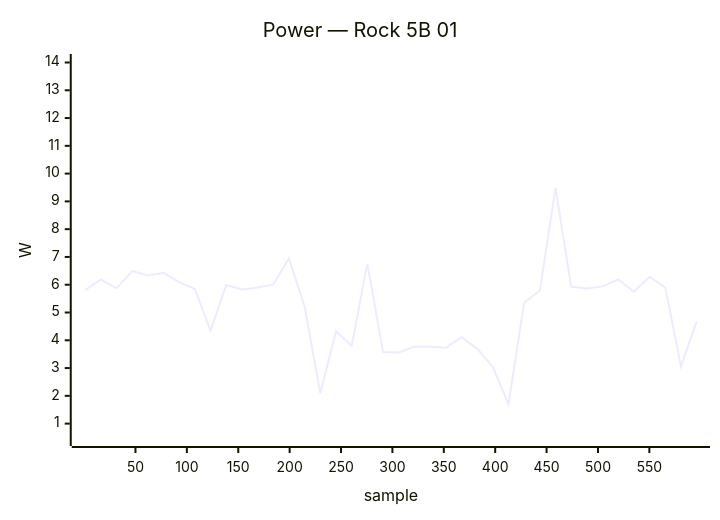
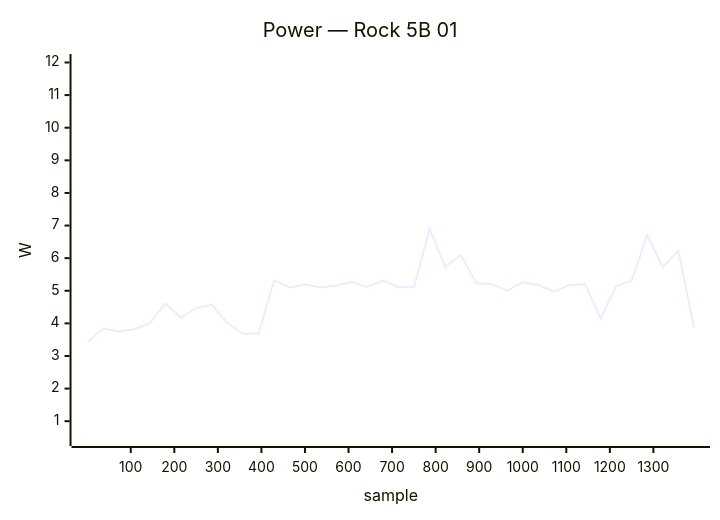
Diagram 24 of 32 in docs/status/board-tests.md (armbian/documentation), drawn with Mermaid before and after one commit. The commit also changed other lines of this file, not shown here.

````diff
--- a/docs/status/board-tests.md
+++ b/docs/status/board-tests.md
@@ -1289,7 +1409,7 @@
 ```mermaid
 xychart-beta
     title "Power — Rock 5B 01"
-    x-axis "sample" 1 --> 596
-    y-axis "W" 0.5 --> 14.0
-    line [5.81, 6.19, 5.87, 6.49, 6.33, 6.43, 6.09, 5.85, 4.34, 5.99, 5.83, 5.90, 6.01, 6.95, 5.21, 2.09, 4.32, 3.80, 6.76, 3.58, 3.56, 3.77, 3.77, 3.73, 4.11, 3.70, 3.04, 1.70, 5.35, 5.79, 9.48, 5.93, 5.86, 5.94, 6.19, 5.75, 6.29, 5.90, 3.06, 4.67]
+    x-axis "sample" 1 --> 1393
+    y-axis "W" 0.5 --> 12.0
+    line [3.42, 3.84, 3.75, 3.82, 4.00, 4.61, 4.18, 4.48, 4.57, 4.00, 3.68, 3.68, 5.32, 5.10, 5.19, 5.10, 5.16, 5.27, 5.12, 5.31, 5.10, 5.13, 6.90, 5.74, 6.10, 5.23, 5.20, 5.01, 5.26, 5.18, 4.97, 5.18, 5.20, 4.15, 5.14, 5.32, 6.71, 5.72, 6.23, 3.88]
 ```
````
